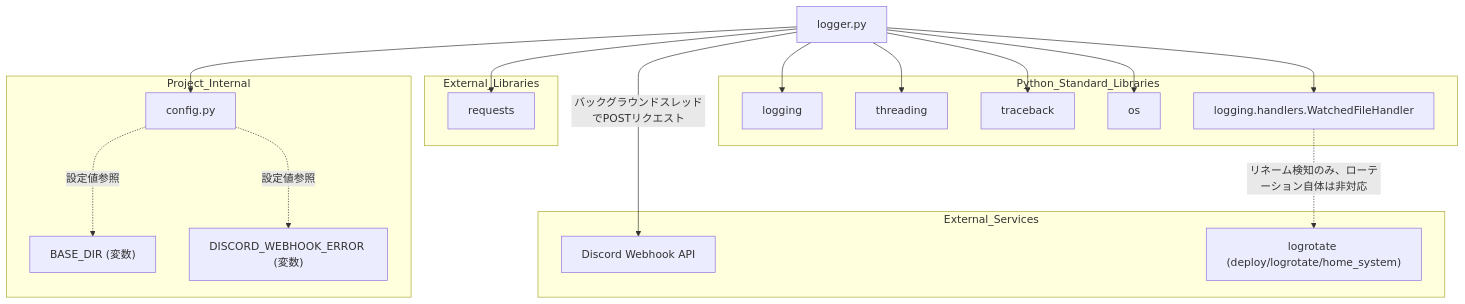
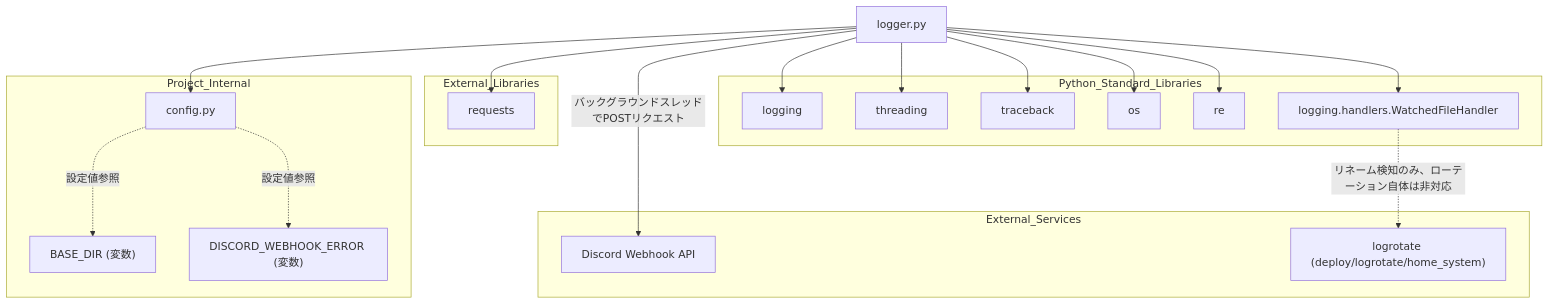
One commit to mmtigers/my_python_project changed the second of 2 diagrams in docs/specifications/MY_HOME_SYSTEM/logger.md. Above: the diagram before and after it, drawn with Mermaid. The commit also changed other lines of this file and 32 other files, not shown here.

````diff
--- a/docs/specifications/MY_HOME_SYSTEM/logger.md
+++ b/docs/specifications/MY_HOME_SYSTEM/logger.md
@@ -256,42 +277,44 @@
 ```mermaid
 graph TD
     LoggerPY["logger.py"]
     
     subgraph Python_Standard_Libraries
         Logging["logging"]
         Threading["threading"]
         Traceback["traceback"]
         OS["os"]
+        RE["re"]
         WatchedHandler["logging.handlers.WatchedFileHandler"]
     end
     
     subgraph External_Libraries
         Requests["requests"]
     end
     
     subgraph Project_Internal
         Config["config.py"]
         BaseDir["BASE_DIR (変数)"]
         DiscordWebhook["DISCORD_WEBHOOK_ERROR (変数)"]
     end
     
     subgraph External_Services
         DiscordAPI["Discord Webhook API"]
         Logrotate["logrotate (deploy/logrotate/home_system)"]
     end
 
     LoggerPY --> Logging
     LoggerPY --> Threading
     LoggerPY --> Traceback
     LoggerPY --> OS
+    LoggerPY --> RE
     LoggerPY --> WatchedHandler
     LoggerPY --> Requests
     LoggerPY --> Config
     
     Config -.->|設定値参照| BaseDir
     Config -.->|設定値参照| DiscordWebhook
     
     LoggerPY -->|バックグラウンドスレッドでPOSTリクエスト| DiscordAPI
     WatchedHandler -.->|リネーム検知のみ、ローテーション自体は非対応| Logrotate
 
 ```
````
